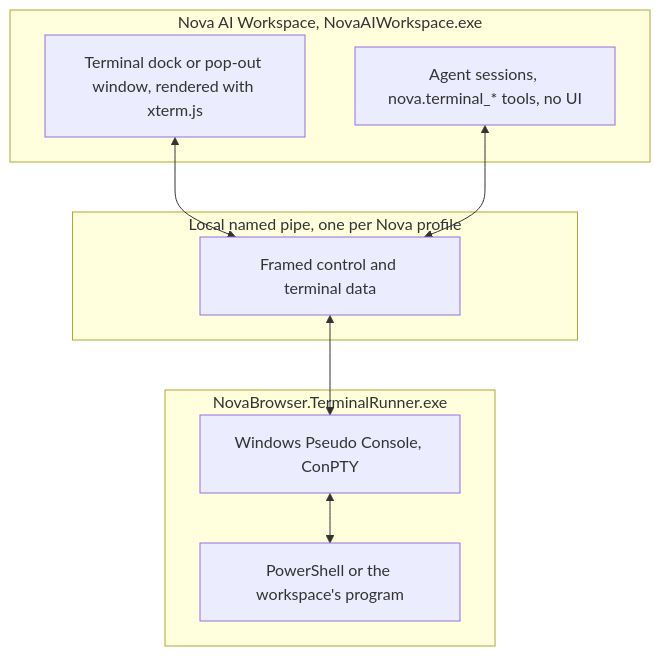
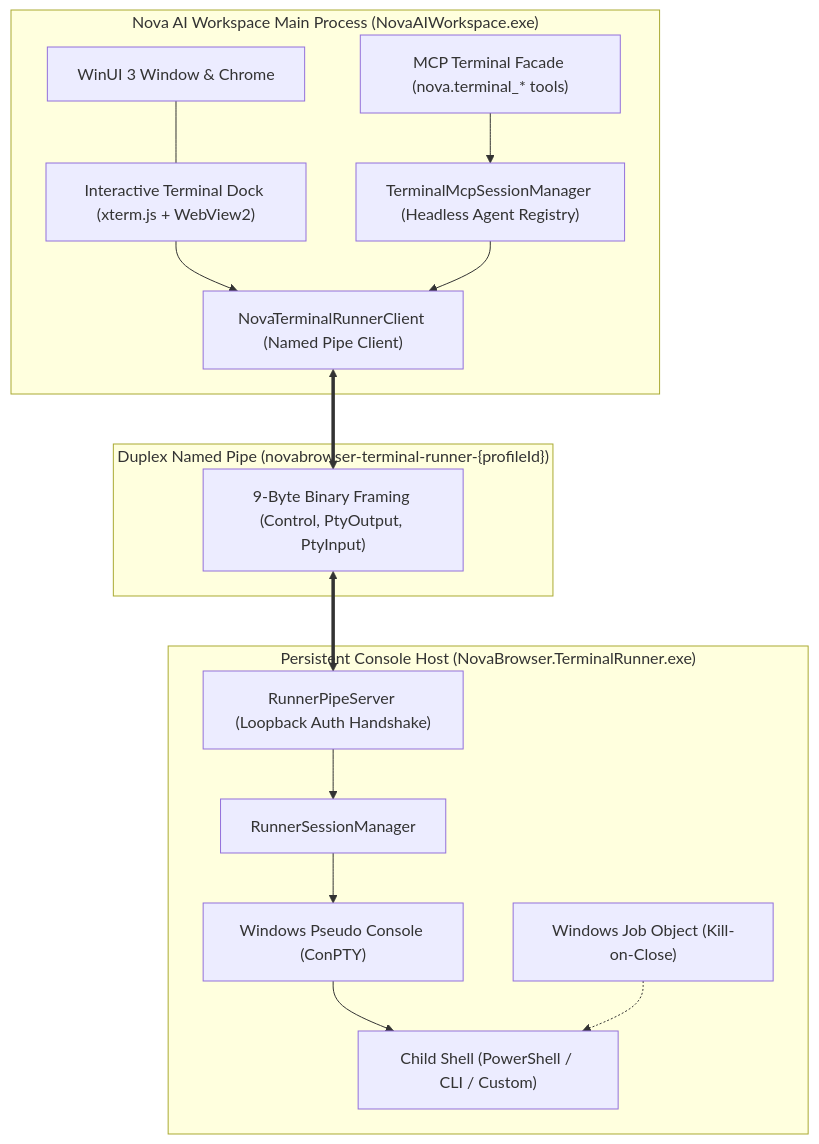
The first of 3 diagrams in docs/core-features/terminal-workspaces/README.md (joelaniol/nova), drawn with Mermaid before and after one commit. The commit also changed other lines of this file and 11 other files, not shown here.

````diff
--- a/docs/core-features/terminal-workspaces/README.md
+++ b/docs/core-features/terminal-workspaces/README.md
@@ -41,21 +19,34 @@
 ```mermaid
 flowchart TD
-    subgraph BrowserProcess["Nova AI Workspace, NovaAIWorkspace.exe"]
-        Dock["Terminal dock or pop-out window, rendered with xterm.js"]
-        AgentSessions["Agent sessions, nova.terminal_* tools, no UI"]
+    subgraph BrowserProcess ["Nova AI Workspace Main Process (NovaAIWorkspace.exe)"]
+        UI["WinUI 3 Window & Chrome"]
+        Dock["Interactive Terminal Dock (xterm.js + WebView2)"]
+        MCP["MCP Terminal Facade (nova.terminal_* tools)"]
+        Mgr["TerminalMcpSessionManager (Headless Agent Registry)"]
+        Client["NovaTerminalRunnerClient (Named Pipe Client)"]
+
+        UI --- Dock
+        MCP --> Mgr
+        Dock --> Client
+        Mgr --> Client
     end
 
-    subgraph IPC["Local named pipe, one per Nova profile"]
-        Pipe["Framed control and terminal data"]
+    subgraph IPC ["Duplex Named Pipe (novabrowser-terminal-runner-{profileId})"]
+        Pipe["9-Byte Binary Framing (Control, PtyOutput, PtyInput)"]
     end
 
-    subgraph ExternalRunner["NovaBrowser.TerminalRunner.exe"]
-        ConPTY["Windows Pseudo Console, ConPTY"]
-        Shell["PowerShell or the workspace's program"]
-        ConPTY <--> Shell
+    subgraph RunnerProcess ["Persistent Console Host (NovaBrowser.TerminalRunner.exe)"]
+        Server["RunnerPipeServer (Loopback Auth Handshake)"]
+        SessionMgr["RunnerSessionManager"]
+        ConPTY["Windows Pseudo Console (ConPTY)"]
+        Job["Windows Job Object (Kill-on-Close)"]
+        Shell["Child Shell (PowerShell / CLI / Custom)"]
+
+        Server --> SessionMgr
+        SessionMgr --> ConPTY
+        ConPTY --> Shell
+        Job -.-> Shell
     end
 
-    Dock <--> Pipe
-    AgentSessions <--> Pipe
-    Pipe <--> ConPTY
+    Client <==> Pipe <==> Server
 ```
````
